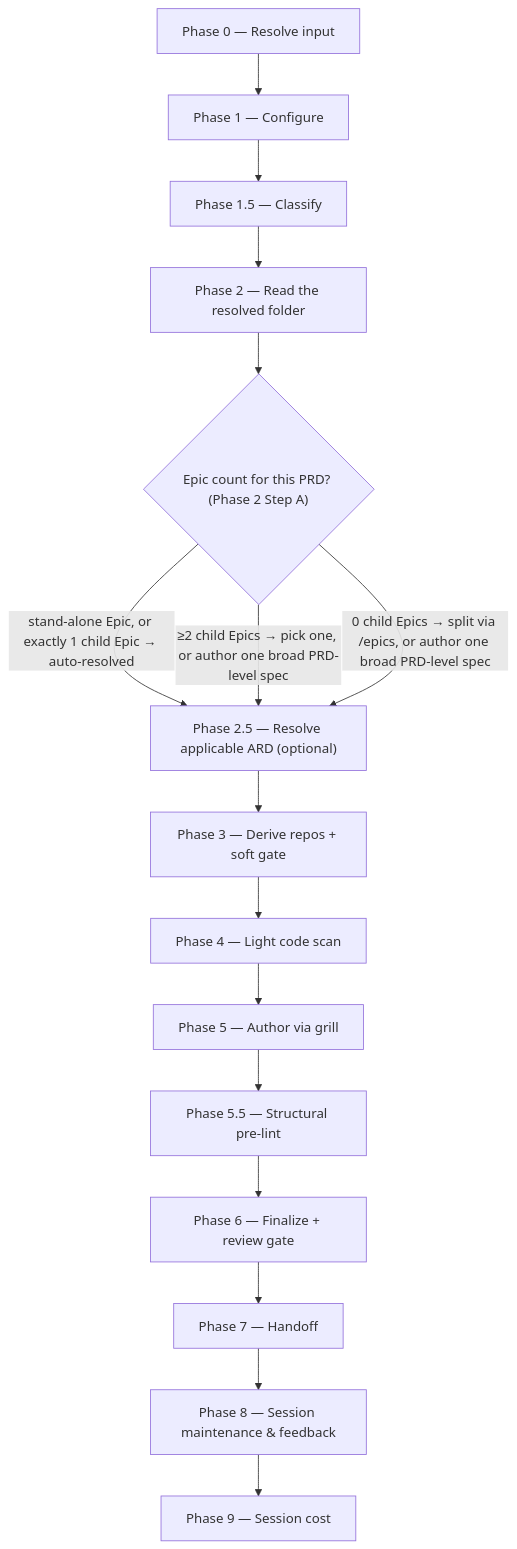
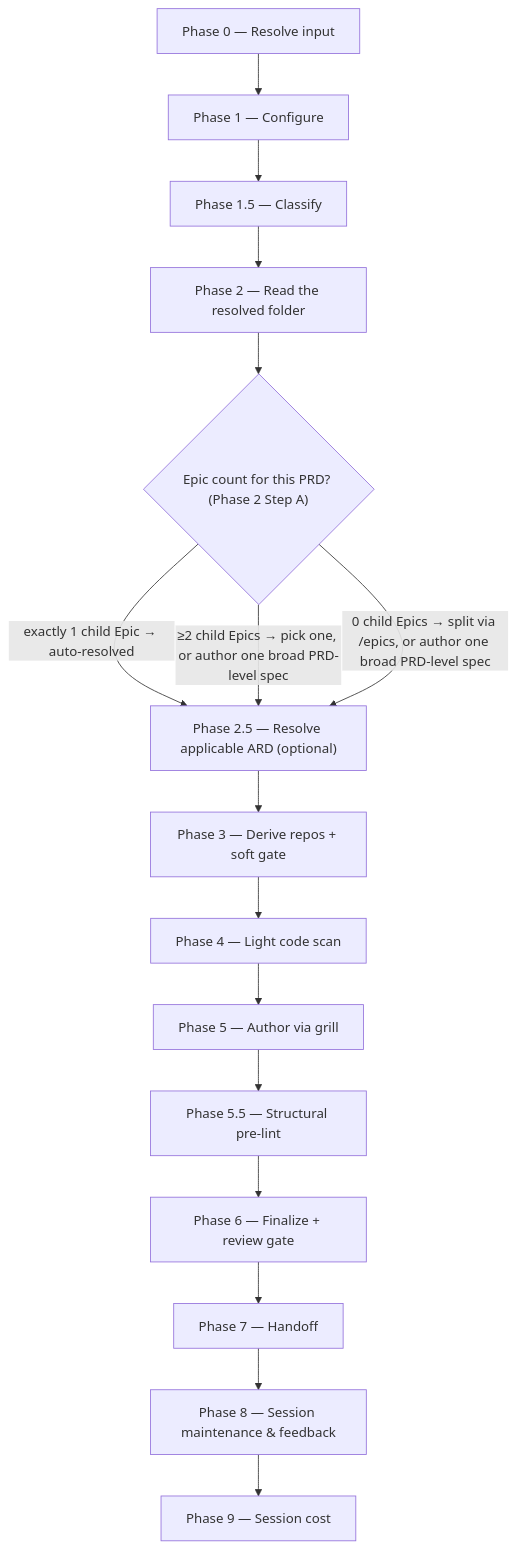
The diagram in plugins/dev-workflows/docs/commands/specify.md (ihudak/ihudak-claude-plugins), drawn with Mermaid before and after one commit. The commit also changed other lines of this file and 11 other files, not shown here.

````diff
--- a/plugins/dev-workflows/docs/commands/specify.md
+++ b/plugins/dev-workflows/docs/commands/specify.md
@@ -28,18 +29,18 @@
 ```mermaid
 flowchart TD
     p0["Phase 0 — Resolve input"] --> p1["Phase 1 — Configure"]
     p1 --> p15["Phase 1.5 — Classify"]
     p15 --> p2["Phase 2 — Read the resolved folder"]
     p2 --> d1{"Epic count for this PRD? (Phase 2 Step A)"}
-    d1 -- "stand-alone Epic, or exactly 1 child Epic → auto-resolved" --> p25["Phase 2.5 — Resolve applicable ARD (optional)"]
+    d1 -- "exactly 1 child Epic → auto-resolved" --> p25["Phase 2.5 — Resolve applicable ARD (optional)"]
     d1 -- "≥2 child Epics → pick one, or author one broad PRD-level spec" --> p25
     d1 -- "0 child Epics → split via /epics, or author one broad PRD-level spec" --> p25
     p25 --> p3["Phase 3 — Derive repos + soft gate"]
     p3 --> p4["Phase 4 — Light code scan"]
     p4 --> p5["Phase 5 — Author via grill"]
     p5 --> p55["Phase 5.5 — Structural pre-lint"]
     p55 --> p6["Phase 6 — Finalize + review gate"]
     p6 --> p7["Phase 7 — Handoff"]
     p7 --> p8["Phase 8 — Session maintenance & feedback"]
     p8 --> p9["Phase 9 — Session cost"]
 ```
````
